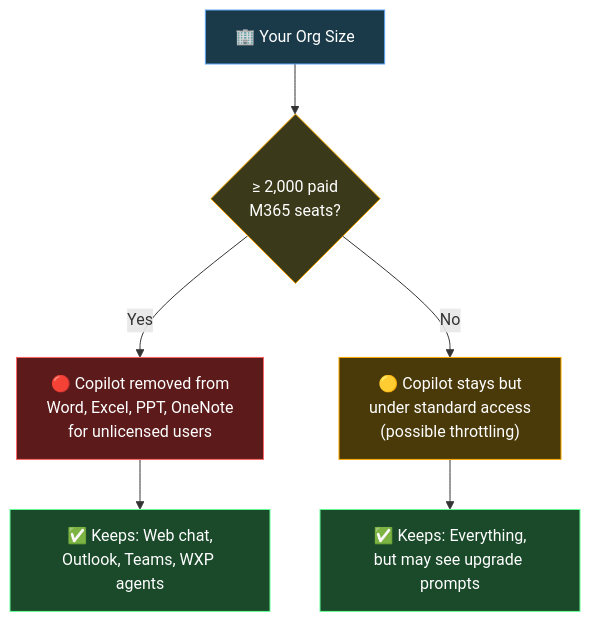
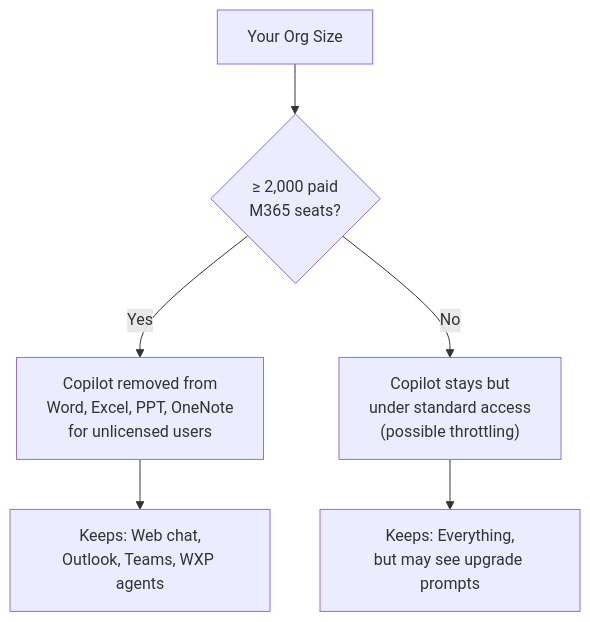
The fourth of 6 diagrams in content/blog/microsoft-365-copilot-chat-complete-guide-for-trainers.md (susanthgit/aguidetocloud-revamp), drawn with Mermaid before and after one commit. The commit also changed other lines of this file and 553 other files, not shown here.

First line of the commit message:
🌸 Z17: Zen Mermaid diagrams — Stripe Docs style

````diff
--- a/content/blog/microsoft-365-copilot-chat-complete-guide-for-trainers.md
+++ b/content/blog/microsoft-365-copilot-chat-complete-guide-for-trainers.md
@@ -250,14 +231,8 @@
 ```mermaid
 flowchart TD
-    A["🏢 Your Org Size"] --> B{"≥ 2,000 paid<br/>M365 seats?"}
-    B -->|"Yes"| C["🔴 Copilot removed from<br/>Word, Excel, PPT, OneNote<br/>for unlicensed users"]
-    B -->|"No"| D["🟡 Copilot stays but<br/>under standard access<br/>(possible throttling)"]
-    C --> E["✅ Keeps: Web chat,<br/>Outlook, Teams, WXP agents"]
-    D --> F["✅ Keeps: Everything,<br/>but may see upgrade prompts"]
-    style A fill:#1a3a4a,stroke:#60A5FA,color:#ffffff
-    style B fill:#3a3a1a,stroke:#ffaa00,color:#ffffff
-    style C fill:#5c1a1a,stroke:#ff6666,color:#ffffff
-    style D fill:#4a3a0a,stroke:#ffaa00,color:#ffffff
-    style E fill:#1a4a2a,stroke:#66ff99,color:#ffffff
-    style F fill:#1a4a2a,stroke:#66ff99,color:#ffffff
+    A["Your Org Size"] --> B{"≥ 2,000 paid<br/>M365 seats?"}
+    B -->|"Yes"| C["Copilot removed from<br/>Word, Excel, PPT, OneNote<br/>for unlicensed users"]
+    B -->|"No"| D["Copilot stays but<br/>under standard access<br/>(possible throttling)"]
+    C --> E["Keeps: Web chat,<br/>Outlook, Teams, WXP agents"]
+    D --> F["Keeps: Everything,<br/>but may see upgrade prompts"]
 ```
````
